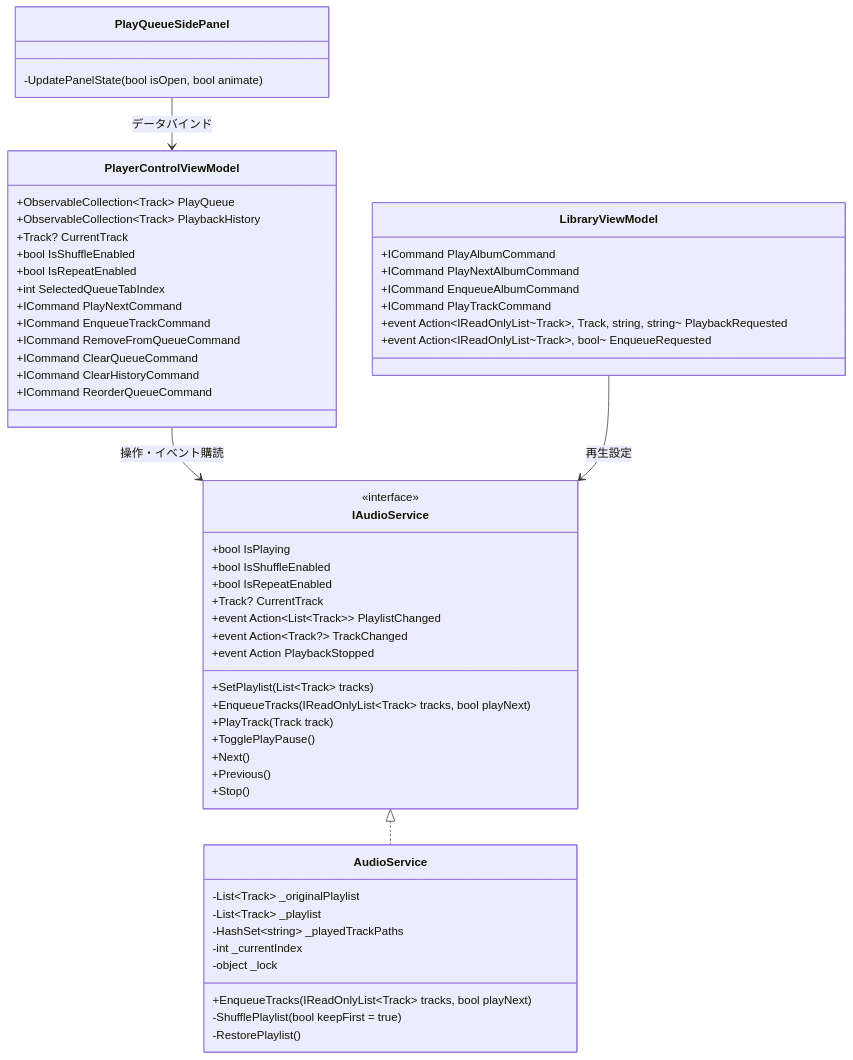
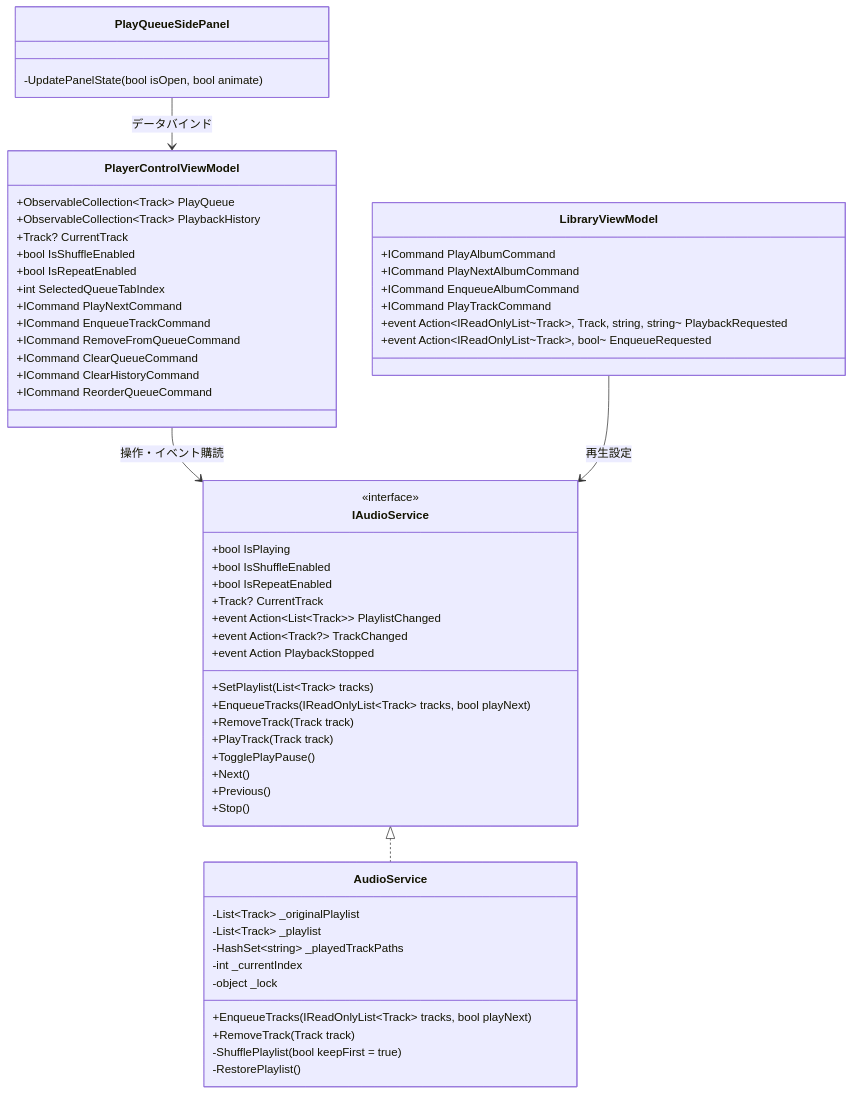
One commit to taketonnbo/Audio_Effector changed the first of 5 diagrams in 設計/詳細設計/再生キュー.md. Above: the diagram before and after it, drawn with Mermaid. The commit also changed other lines of this file and 5 other files, not shown here.

````diff
--- a/設計/詳細設計/再生キュー.md
+++ b/設計/詳細設計/再生キュー.md
@@ -16,64 +16,66 @@
 ```mermaid
 classDiagram
     class IAudioService {
         <<interface>>
         +bool IsPlaying
         +bool IsShuffleEnabled
         +bool IsRepeatEnabled
         +Track? CurrentTrack
         +event Action~List~Track~~ PlaylistChanged
         +event Action~Track?~ TrackChanged
         +event Action PlaybackStopped
         +SetPlaylist(List~Track~ tracks)
         +EnqueueTracks(IReadOnlyList~Track~ tracks, bool playNext)
+        +RemoveTrack(Track track)
         +PlayTrack(Track track)
         +TogglePlayPause()
         +Next()
         +Previous()
         +Stop()
     }
 
     class AudioService {
         -List~Track~ _originalPlaylist
         -List~Track~ _playlist
         -HashSet~string~ _playedTrackPaths
         -int _currentIndex
         -object _lock
         +EnqueueTracks(IReadOnlyList~Track~ tracks, bool playNext)
+        +RemoveTrack(Track track)
         -ShufflePlaylist(bool keepFirst = true)
         -RestorePlaylist()
     }
 
     class PlayerControlViewModel {
         +ObservableCollection~Track~ PlayQueue
         +ObservableCollection~Track~ PlaybackHistory
         +Track? CurrentTrack
         +bool IsShuffleEnabled
         +bool IsRepeatEnabled
         +int SelectedQueueTabIndex
         +ICommand PlayNextCommand
         +ICommand EnqueueTrackCommand
         +ICommand RemoveFromQueueCommand
         +ICommand ClearQueueCommand
         +ICommand ClearHistoryCommand
         +ICommand ReorderQueueCommand
     }
 
     class LibraryViewModel {
         +ICommand PlayAlbumCommand
         +ICommand PlayNextAlbumCommand
         +ICommand EnqueueAlbumCommand
         +ICommand PlayTrackCommand
         +event Action~IReadOnlyList~Track~, Track, string, string~ PlaybackRequested
         +event Action~IReadOnlyList~Track~, bool~ EnqueueRequested
     }
 
     class PlayQueueSidePanel {
         -UpdatePanelState(bool isOpen, bool animate)
     }
 
     IAudioService <|.. AudioService
     PlayerControlViewModel --> IAudioService : 操作・イベント購読
     LibraryViewModel --> IAudioService : 再生設定
     PlayQueueSidePanel --> PlayerControlViewModel : データバインド
 ```
````
